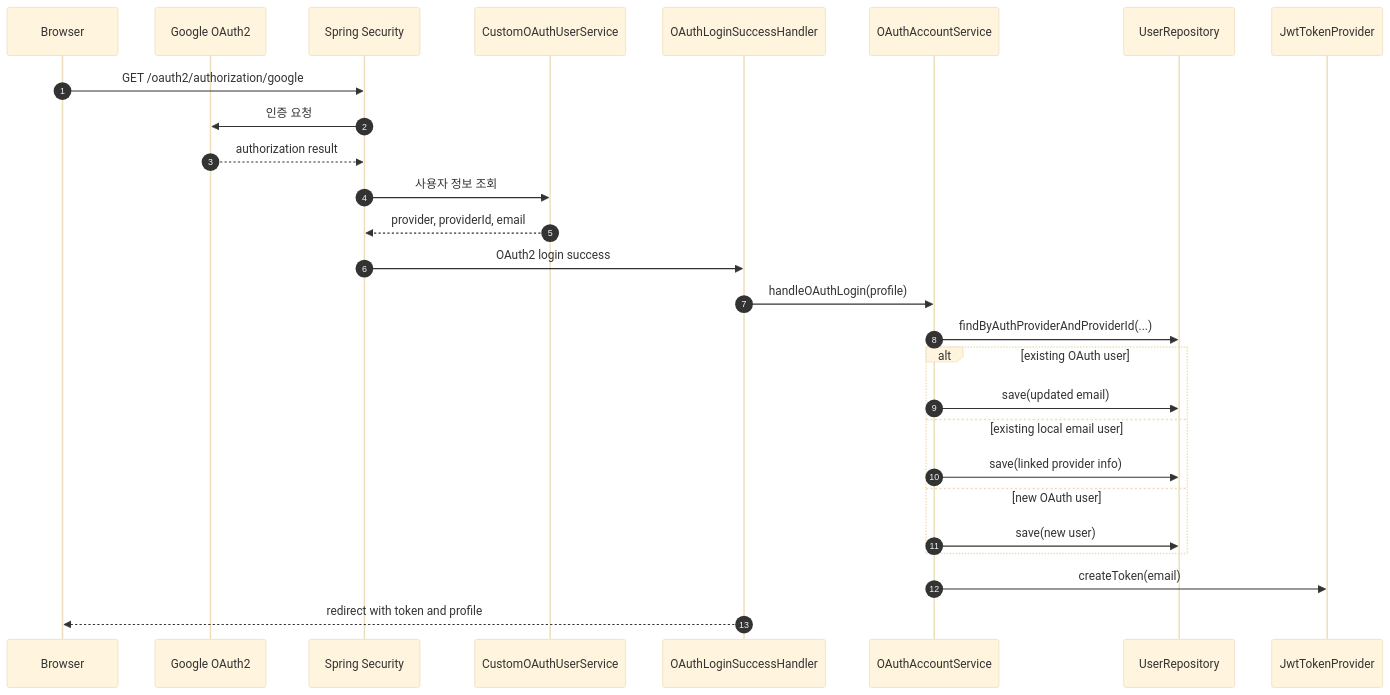
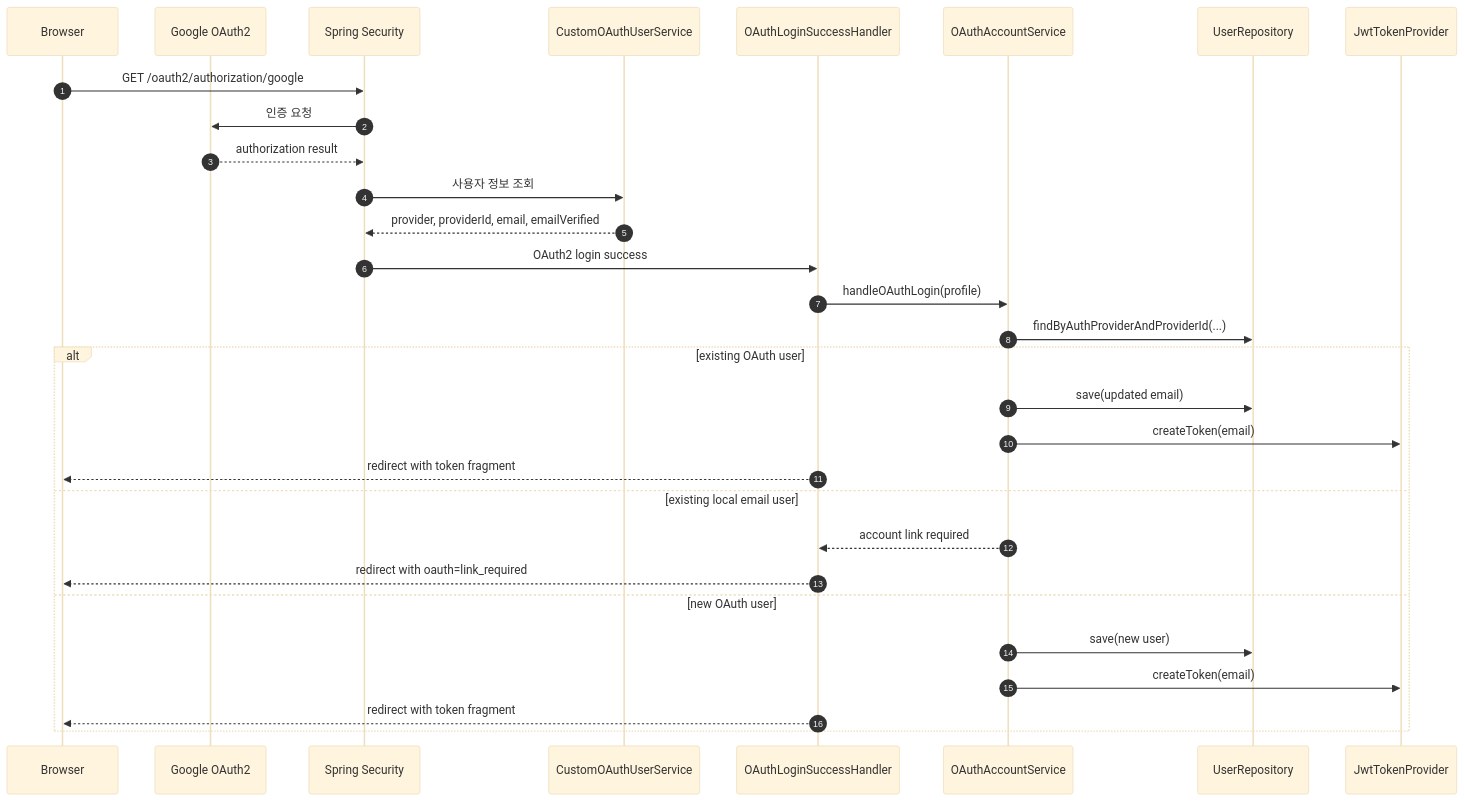
Before and after one commit to stdiodh/spring-boot-db-access-lab: the first of 4 diagrams in docs/theory.md, drawn with Mermaid (base theme). The commit also changed other lines of this file and 5 other files, not shown here.

Commit message:
docs(seq-05): consolidate sequence guides

````diff
--- a/docs/theory.md
+++ b/docs/theory.md
@@ -47,30 +47,33 @@
 ```mermaid
 sequenceDiagram
     autonumber
     participant Browser as Browser
     participant Google as Google OAuth2
     participant Security as Spring Security
     participant OAuthUser as CustomOAuthUserService
     participant Handler as OAuthLoginSuccessHandler
     participant Account as OAuthAccountService
     participant Repo as UserRepository
     participant Jwt as JwtTokenProvider
 
     Browser->>Security: GET /oauth2/authorization/google
     Security->>Google: 인증 요청
     Google-->>Security: authorization result
     Security->>OAuthUser: 사용자 정보 조회
-    OAuthUser-->>Security: provider, providerId, email
+    OAuthUser-->>Security: provider, providerId, email, emailVerified
     Security->>Handler: OAuth2 login success
     Handler->>Account: handleOAuthLogin(profile)
     Account->>Repo: findByAuthProviderAndProviderId(...)
     alt existing OAuth user
         Account->>Repo: save(updated email)
+        Account->>Jwt: createToken(email)
+        Handler-->>Browser: redirect with token fragment
     else existing local email user
-        Account->>Repo: save(linked provider info)
+        Account-->>Handler: account link required
+        Handler-->>Browser: redirect with oauth=link_required
     else new OAuth user
         Account->>Repo: save(new user)
+        Account->>Jwt: createToken(email)
+        Handler-->>Browser: redirect with token fragment
     end
-    Account->>Jwt: createToken(email)
-    Handler-->>Browser: redirect with token and profile
 ```
````
